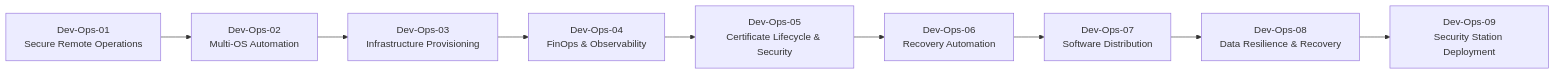
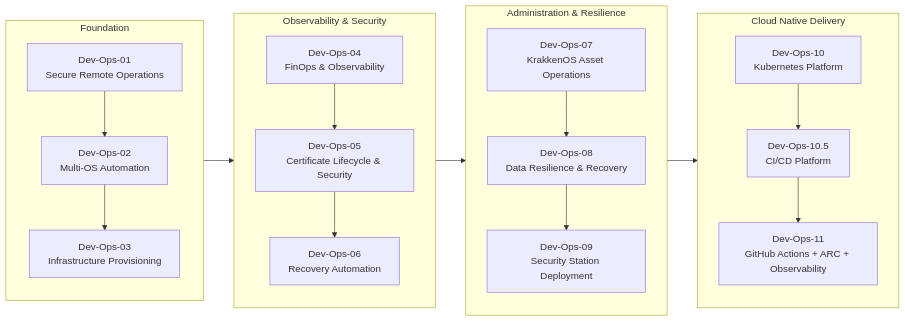
One commit to luisorlandosolis/luisorlandosolis changed the second of 2 diagrams in README.md. Above: the diagram before and after it, drawn with Mermaid. The commit also changed other lines of this file, not shown here.

Commit message:
Add Dev-Ops-11 to portfolio, highlights, and platform evolution; fix typo and duplicate heading

````diff
--- a/README.md
+++ b/README.md
@@ -182,11 +183,24 @@
 ```mermaid
 flowchart LR
-    A[Dev-Ops-01<br>Secure Remote Operations] --> B[Dev-Ops-02<br>Multi-OS Automation]
-    B --> C[Dev-Ops-03<br>Infrastructure Provisioning]
-    C --> D[Dev-Ops-04<br>FinOps & Observability]
-    D --> E[Dev-Ops-05<br>Certificate Lifecycle & Security]
-    E --> F[Dev-Ops-06<br>Recovery Automation]
-    F --> G[Dev-Ops-07<br>Software Distribution]
-    G --> H[Dev-Ops-08<br>Data Resilience & Recovery]
-    H --> I[Dev-Ops-09<br>Security Station Deployment]
+    subgraph F["Foundation"]
+        direction TB
+        D01[Dev-Ops-01<br>Secure Remote Operations] --> D02[Dev-Ops-02<br>Multi-OS Automation]
+        D02 --> D03[Dev-Ops-03<br>Infrastructure Provisioning]
+    end
+    subgraph O["Observability & Security"]
+        direction TB
+        D04[Dev-Ops-04<br>FinOps & Observability] --> D05[Dev-Ops-05<br>Certificate Lifecycle & Security]
+        D05 --> D06[Dev-Ops-06<br>Recovery Automation]
+    end
+    subgraph R["Administration & Resilience"]
+        direction TB
+        D07[Dev-Ops-07<br>KrakkenOS Asset Operations] --> D08[Dev-Ops-08<br>Data Resilience & Recovery]
+        D08 --> D09[Dev-Ops-09<br>Security Station Deployment]
+    end
+    subgraph K["Cloud Native Delivery"]
+        direction TB
+        D10[Dev-Ops-10<br>Kubernetes Platform] --> D105[Dev-Ops-10.5<br>CI/CD Platform]
+        D105 --> D11[Dev-Ops-11<br>GitHub Actions + ARC + Observability]
+    end
+    F --> O --> R --> K
 ```
````
